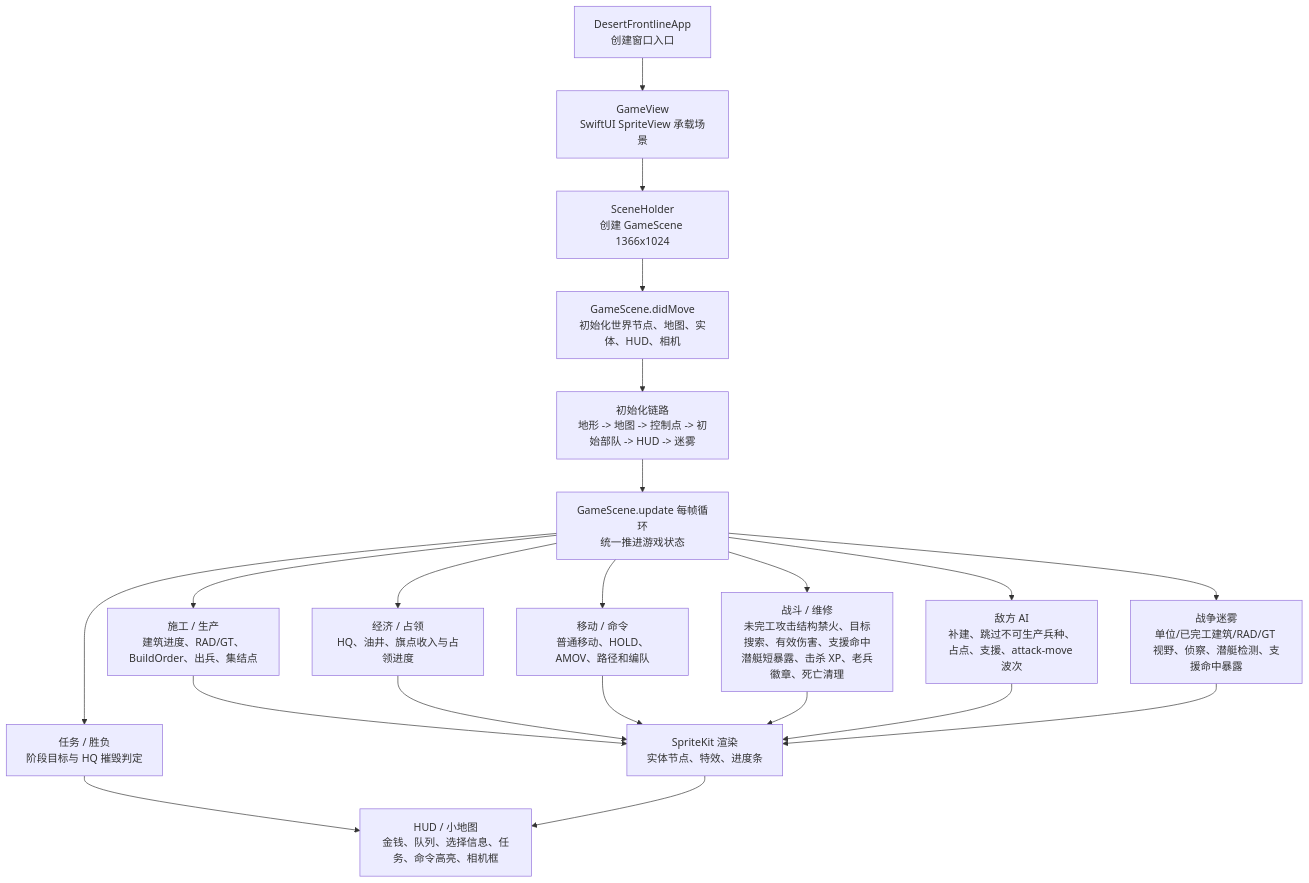
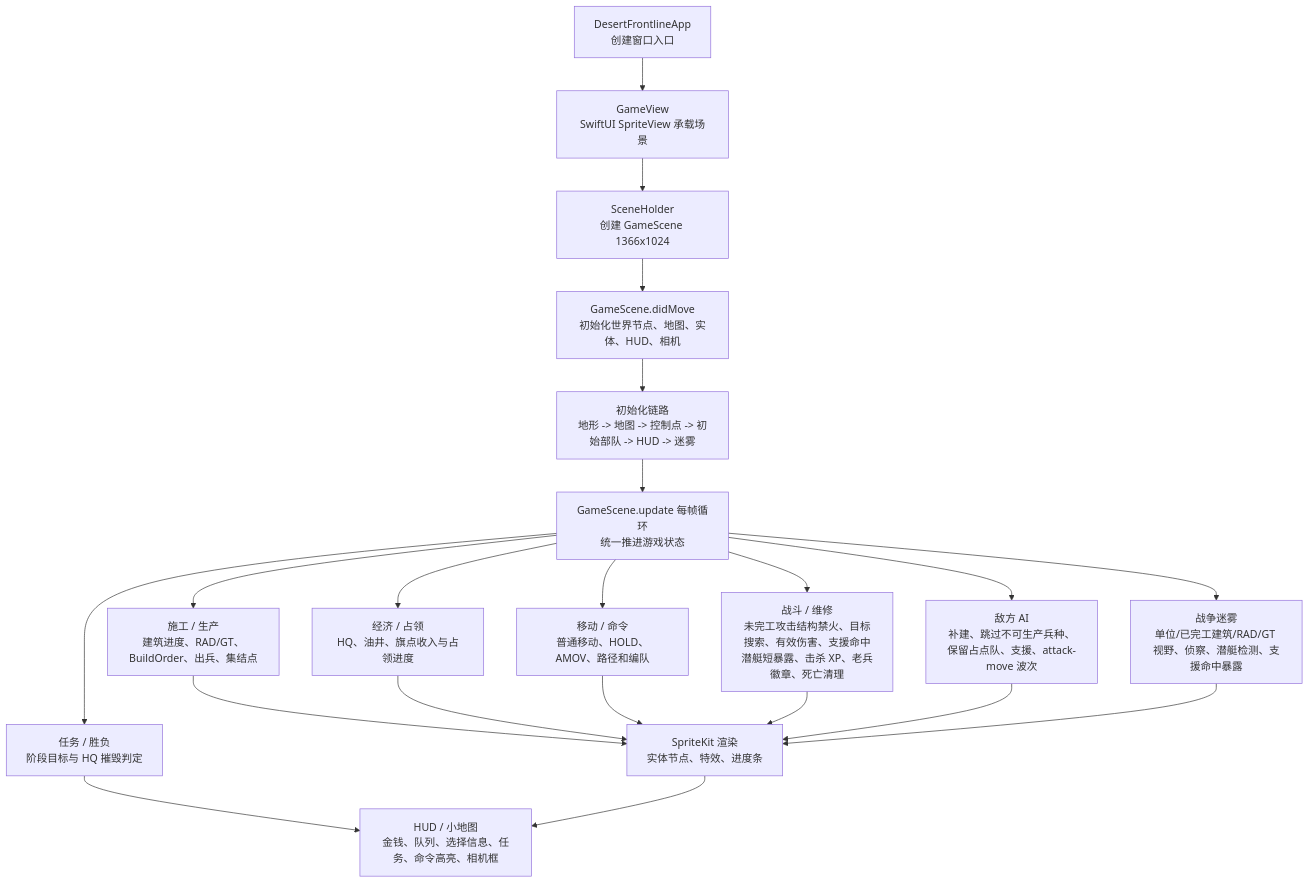
Before and after one commit to Altman-sam114/1145: the first of 3 diagrams in md/flow/flowchart.md, drawn with Mermaid. The commit also changed 4 other files, not shown here.

````diff
--- a/md/flow/flowchart.md
+++ b/md/flow/flowchart.md
@@ -9,23 +9,23 @@
 ```mermaid
 flowchart TD
   App["DesertFrontlineApp\n创建窗口入口"] --> View["GameView\nSwiftUI SpriteView 承载场景"]
   View --> Holder["SceneHolder\n创建 GameScene 1366x1024"]
   Holder --> Scene["GameScene.didMove\n初始化世界节点、地图、实体、HUD、相机"]
   Scene --> Init["初始化链路\n地形 -> 地图 -> 控制点 -> 初始部队 -> HUD -> 迷雾"]
   Init --> Loop["GameScene.update 每帧循环\n统一推进游戏状态"]
   Loop --> Build["施工 / 生产\n建筑进度、RAD/GT、BuildOrder、出兵、集结点"]
   Loop --> Economy["经济 / 占领\nHQ、油井、旗点收入与占领进度"]
   Loop --> Commands["移动 / 命令\n普通移动、HOLD、AMOV、路径和编队"]
   Loop --> Combat["战斗 / 维修\n未完工攻击结构禁火、目标搜索、有效伤害、支援命中潜艇短暴露、击杀 XP、老兵徽章、死亡清理"]
-  Loop --> AI["敌方 AI\n补建、跳过不可生产兵种、占点、支援、attack-move 波次"]
+  Loop --> AI["敌方 AI\n补建、跳过不可生产兵种、保留占点队、支援、attack-move 波次"]
   Loop --> Fog["战争迷雾\n单位/已完工建筑/RAD/GT 视野、侦察、潜艇检测、支援命中暴露"]
   Loop --> Mission["任务 / 胜负\n阶段目标与 HQ 摧毁判定"]
   Build --> Render["SpriteKit 渲染\n实体节点、特效、进度条"]
   Economy --> Render
   Commands --> Render
   Combat --> Render
   AI --> Render
   Fog --> Render
   Mission --> HUD["HUD / 小地图\n金钱、队列、选择信息、任务、命令高亮、相机框"]
   Render --> HUD
 ```
````
